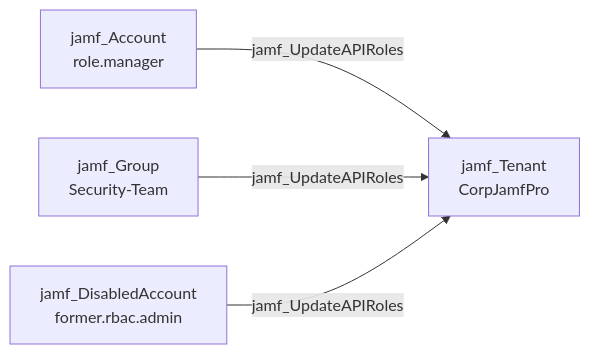
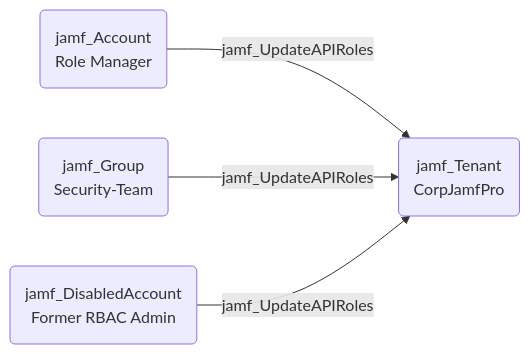
Before and after one commit to SpecterOps/bloodhound-docs: the diagram in docs/opengraph/extensions/jamfhound/reference/edges/jamf_updateapiroles.mdx, drawn with Mermaid. The commit also changed 33 other files, not shown here.

Commit message:
Updated documentation with revised mermaid diagrams

````diff
--- a/docs/opengraph/extensions/jamfhound/reference/edges/jamf_updateapiroles.mdx
+++ b/docs/opengraph/extensions/jamfhound/reference/edges/jamf_updateapiroles.mdx
@@ -18,6 +18,14 @@
 ```mermaid
 graph LR
-    A["jamf_Account\nrole.manager"] -->|jamf_UpdateAPIRoles| B["jamf_Tenant\nCorpJamfPro"]
-    C["jamf_Group\nSecurity-Team"] -->|jamf_UpdateAPIRoles| B
-    D["jamf_DisabledAccount\nformer.rbac.admin"] -->|jamf_UpdateAPIRoles| B
+    A("jamf_Account
+Role Manager")
+    B("jamf_Tenant
+CorpJamfPro")
+    C("jamf_Group
+Security-Team")
+    D("jamf_DisabledAccount
+Former RBAC Admin")
+    A -- jamf_UpdateAPIRoles --> B
+    C -- jamf_UpdateAPIRoles --> B
+    D -- jamf_UpdateAPIRoles --> B
 ```
````
